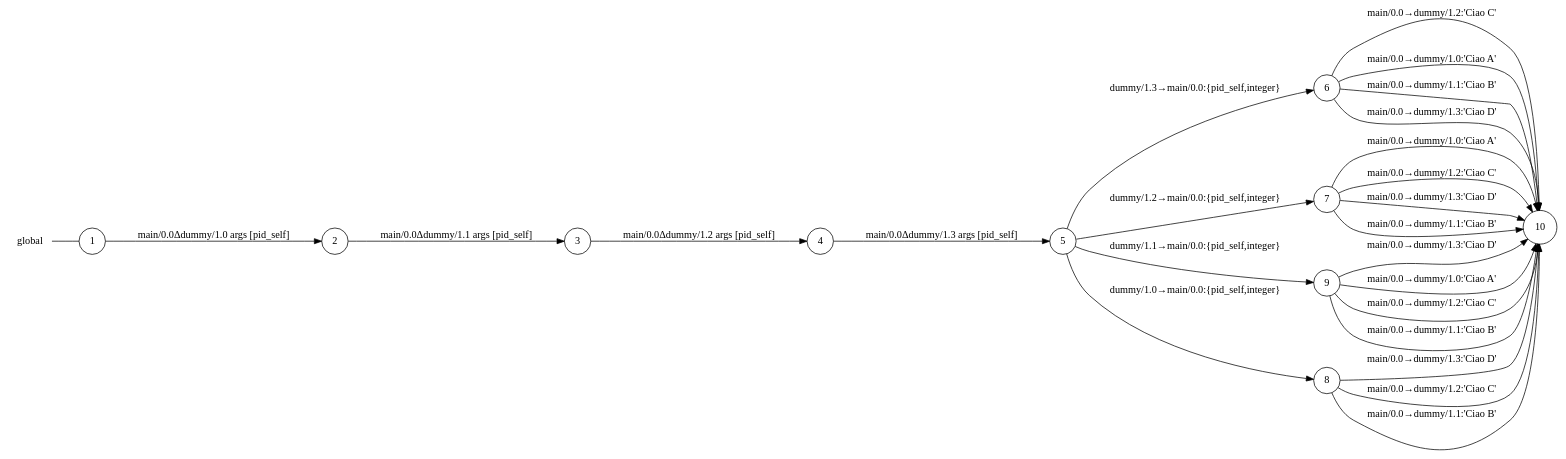
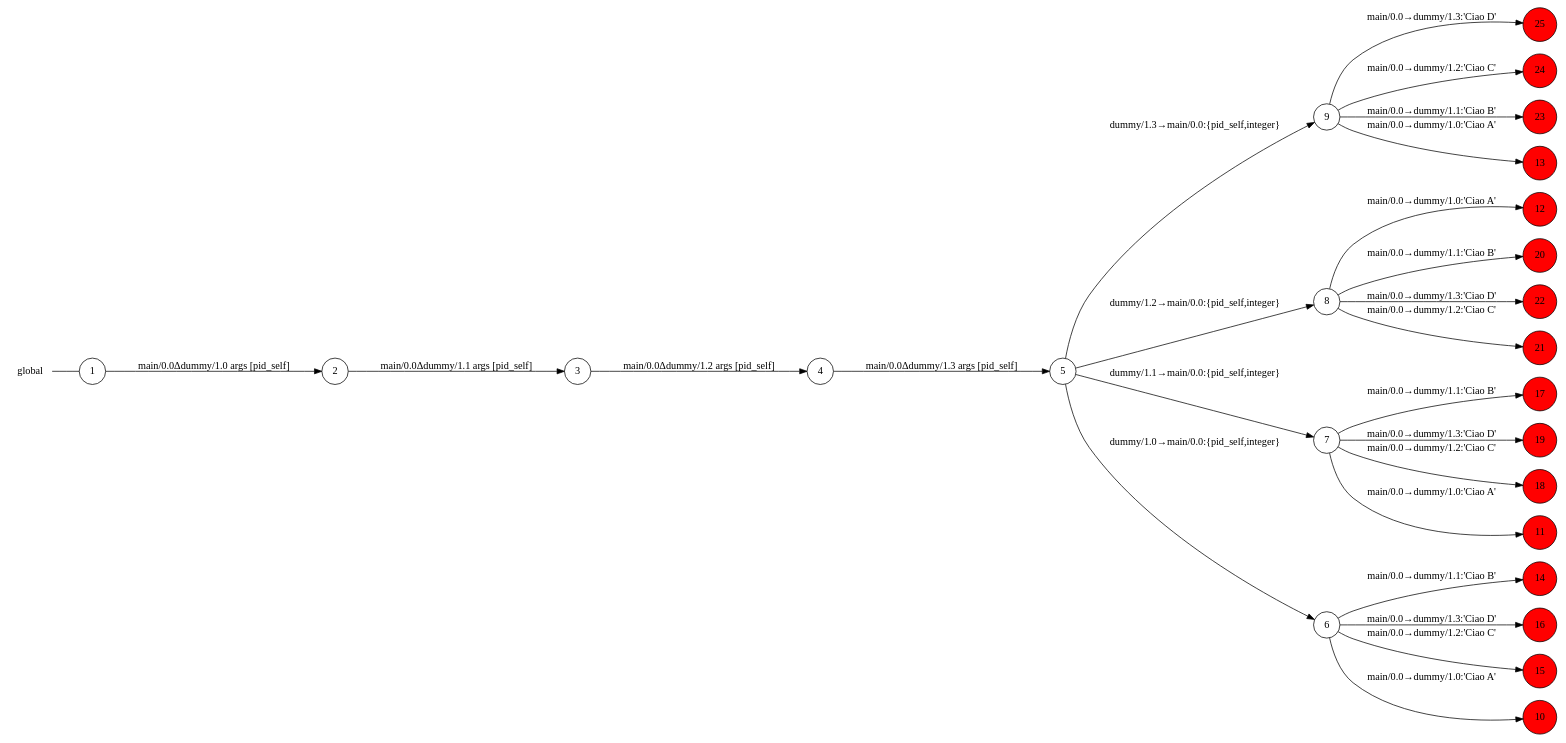
Before and after one commit to gabrielegenovese/chorer: the diagram in examples/conditional-case/main_0_global_view.dot, drawn with Graphviz. The commit also changed 133 other files, not shown here.

```diff
--- a/examples/conditional-case/main_0_global_view.dot
+++ b/examples/conditional-case/main_0_global_view.dot
@@ -1,39 +1,55 @@
 digraph global {
 	rankdir="LR";
 	n_0 [label="global", shape="plaintext"];
-	n_1 [id="24", shape=circle, label="4"];
-	n_2 [id="1", shape=circle, label="1"];
-	n_0 -> n_2 [arrowhead=none];
-	n_3 [id="7", shape=circle, label="3"];
-	n_4 [id="16", shape=circle, label="6"];
-	n_5 [id="3", shape=circle, label="2"];
-	n_6 [id="18", shape=circle, label="7"];
-	n_7 [id="2", shape=circle, label="10"];
-	n_8 [id="10", shape=circle, label="5"];
-	n_9 [id="13", shape=circle, label="9"];
-	n_10 [id="21", shape=circle, label="8"];
+	n_1 [id="14", shape=circle, label="14", fillcolor="#FF0000FF", style=filled];
+	n_2 [id="9", shape=circle, label="9"];
+	n_3 [id="25", shape=circle, label="25", fillcolor="#FF0000FF", style=filled];
+	n_4 [id="8", shape=circle, label="8"];
+	n_5 [id="24", shape=circle, label="24", fillcolor="#FF0000FF", style=filled];
+	n_6 [id="17", shape=circle, label="17", fillcolor="#FF0000FF", style=filled];
+	n_7 [id="1", shape=circle, label="1"];
+	n_0 -> n_7 [arrowhead=none];
+	n_8 [id="7", shape=circle, label="7"];
+	n_9 [id="16", shape=circle, label="16", fillcolor="#FF0000FF", style=filled];
+	n_10 [id="19", shape=circle, label="19", fillcolor="#FF0000FF", style=filled];
+	n_11 [id="4", shape=circle, label="4"];
+	n_12 [id="6", shape=circle, label="6"];
+	n_13 [id="3", shape=circle, label="3"];
+	n_14 [id="12", shape=circle, label="12", fillcolor="#FF0000FF", style=filled];
+	n_15 [id="18", shape=circle, label="18", fillcolor="#FF0000FF", style=filled];
+	n_16 [id="20", shape=circle, label="20", fillcolor="#FF0000FF", style=filled];
+	n_17 [id="23", shape=circle, label="23", fillcolor="#FF0000FF", style=filled];
+	n_18 [id="2", shape=circle, label="2"];
+	n_19 [id="22", shape=circle, label="22", fillcolor="#FF0000FF", style=filled];
+	n_20 [id="11", shape=circle, label="11", fillcolor="#FF0000FF", style=filled];
+	n_21 [id="15", shape=circle, label="15", fillcolor="#FF0000FF", style=filled];
+	n_22 [id="10", shape=circle, label="10", fillcolor="#FF0000FF", style=filled];
+	n_23 [id="13", shape=circle, label="13", fillcolor="#FF0000FF", style=filled];
+	n_24 [id="5", shape=circle, label="5"];
+	n_25 [id="21", shape=circle, label="21", fillcolor="#FF0000FF", style=filled];
 
-	n_4 -> n_7 [id="[$e|48]", label="main/0.0→dummy/1.2:'Ciao C'"];
-	n_6 -> n_7 [id="[$e|51]", label="main/0.0→dummy/1.0:'Ciao A'"];
-	n_3 -> n_1 [id="[$e|12]", label="main/0.0Δdummy/1.2 args [pid_self]"];
-	n_4 -> n_7 [id="[$e|42]", label="main/0.0→dummy/1.0:'Ciao A'"];
-	n_5 -> n_3 [id="[$e|5]", label="main/0.0Δdummy/1.1 args [pid_self]"];
-	n_6 -> n_7 [id="[$e|49]", label="main/0.0→dummy/1.2:'Ciao C'"];
-	n_8 -> n_6 [id="[$e|6]", label="dummy/1.2→main/0.0:{pid_self,integer}"];
-	n_10 -> n_7 [id="[$e|45]", label="main/0.0→dummy/1.3:'Ciao D'"];
-	n_8 -> n_9 [id="[$e|10]", label="dummy/1.1→main/0.0:{pid_self,integer}"];
-	n_9 -> n_7 [id="[$e|40]", label="main/0.0→dummy/1.3:'Ciao D'"];
-	n_10 -> n_7 [id="[$e|43]", label="main/0.0→dummy/1.2:'Ciao C'"];
-	n_8 -> n_10 [id="[$e|20]", label="dummy/1.0→main/0.0:{pid_self,integer}"];
-	n_9 -> n_7 [id="[$e|50]", label="main/0.0→dummy/1.0:'Ciao A'"];
-	n_8 -> n_4 [id="[$e|11]", label="dummy/1.3→main/0.0:{pid_self,integer}"];
-	n_10 -> n_7 [id="[$e|47]", label="main/0.0→dummy/1.1:'Ciao B'"];
-	n_1 -> n_8 [id="[$e|13]", label="main/0.0Δdummy/1.3 args [pid_self]"];
-	n_6 -> n_7 [id="[$e|44]", label="main/0.0→dummy/1.3:'Ciao D'"];
-	n_4 -> n_7 [id="[$e|46]", label="main/0.0→dummy/1.1:'Ciao B'"];
-	n_9 -> n_7 [id="[$e|4]", label="main/0.0→dummy/1.2:'Ciao C'"];
-	n_4 -> n_7 [id="[$e|53]", label="main/0.0→dummy/1.3:'Ciao D'"];
-	n_2 -> n_5 [id="[$e|3]", label="main/0.0Δdummy/1.0 args [pid_self]"];
-	n_9 -> n_7 [id="[$e|41]", label="main/0.0→dummy/1.1:'Ciao B'"];
-	n_6 -> n_7 [id="[$e|52]", label="main/0.0→dummy/1.1:'Ciao B'"];
+	n_12 -> n_1 [id="[$e|12]", label="main/0.0→dummy/1.1:'Ciao B'"];
+	n_12 -> n_21 [id="[$e|13]", label="main/0.0→dummy/1.2:'Ciao C'"];
+	n_8 -> n_10 [id="[$e|17]", label="main/0.0→dummy/1.3:'Ciao D'"];
+	n_11 -> n_24 [id="[$e|3]", label="main/0.0Δdummy/1.3 args [pid_self]"];
+	n_7 -> n_18 [id="[$e|0]", label="main/0.0Δdummy/1.0 args [pid_self]"];
+	n_24 -> n_12 [id="[$e|4]", label="dummy/1.0→main/0.0:{pid_self,integer}"];
+	n_2 -> n_3 [id="[$e|23]", label="main/0.0→dummy/1.3:'Ciao D'"];
+	n_2 -> n_5 [id="[$e|22]", label="main/0.0→dummy/1.2:'Ciao C'"];
+	n_13 -> n_11 [id="[$e|2]", label="main/0.0Δdummy/1.2 args [pid_self]"];
+	n_8 -> n_20 [id="[$e|9]", label="main/0.0→dummy/1.0:'Ciao A'"];
+	n_4 -> n_14 [id="[$e|10]", label="main/0.0→dummy/1.0:'Ciao A'"];
+	n_2 -> n_17 [id="[$e|21]", label="main/0.0→dummy/1.1:'Ciao B'"];
+	n_24 -> n_8 [id="[$e|5]", label="dummy/1.1→main/0.0:{pid_self,integer}"];
+	n_24 -> n_2 [id="[$e|7]", label="dummy/1.3→main/0.0:{pid_self,integer}"];
+	n_2 -> n_23 [id="[$e|11]", label="main/0.0→dummy/1.0:'Ciao A'"];
+	n_4 -> n_19 [id="[$e|20]", label="main/0.0→dummy/1.3:'Ciao D'"];
+	n_4 -> n_16 [id="[$e|18]", label="main/0.0→dummy/1.1:'Ciao B'"];
+	n_8 -> n_6 [id="[$e|15]", label="main/0.0→dummy/1.1:'Ciao B'"];
+	n_4 -> n_25 [id="[$e|19]", label="main/0.0→dummy/1.2:'Ciao C'"];
+	n_12 -> n_9 [id="[$e|14]", label="main/0.0→dummy/1.3:'Ciao D'"];
+	n_12 -> n_22 [id="[$e|8]", label="main/0.0→dummy/1.0:'Ciao A'"];
+	n_18 -> n_13 [id="[$e|1]", label="main/0.0Δdummy/1.1 args [pid_self]"];
+	n_24 -> n_4 [id="[$e|6]", label="dummy/1.2→main/0.0:{pid_self,integer}"];
+	n_8 -> n_15 [id="[$e|16]", label="main/0.0→dummy/1.2:'Ciao C'"];
 }
```
